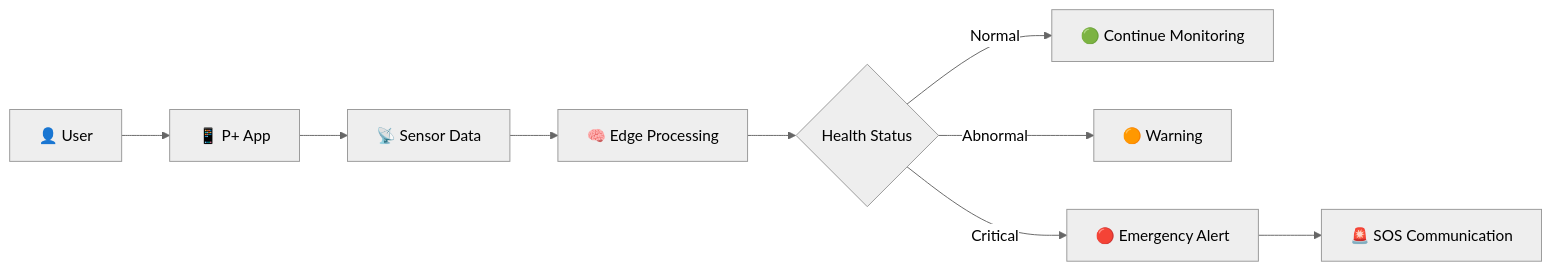
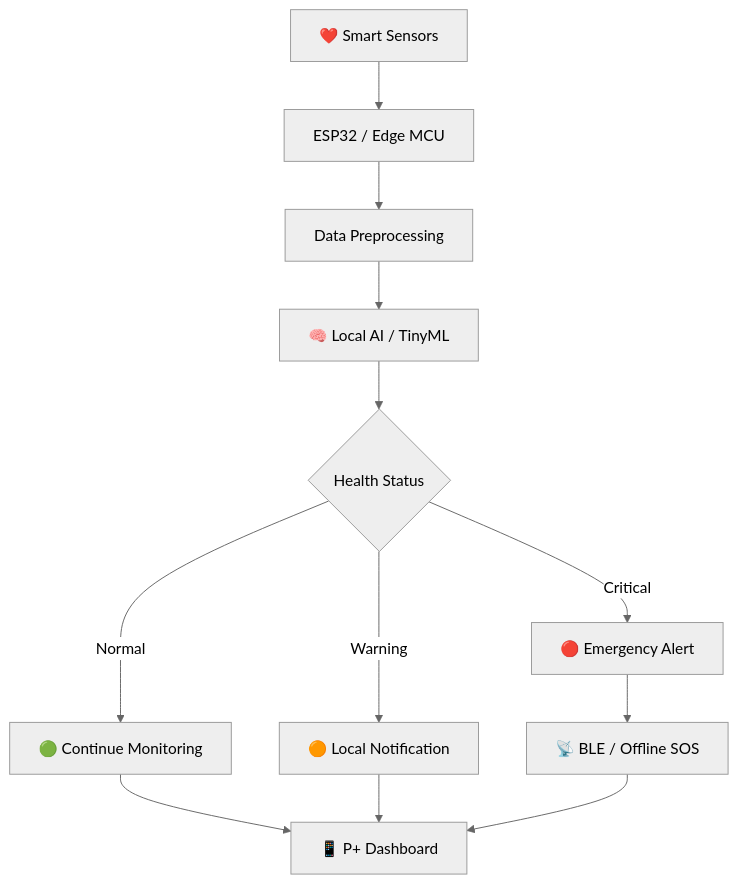
One commit to ts042049-cpu/P-PLUS changed the first of 2 diagrams in README.md. Above: the diagram before and after it, drawn with Mermaid (neutral theme). The commit also changed other lines of this file, not shown here.

````diff
--- a/README.md
+++ b/README.md
@@ -209,19 +130,14 @@
 ```mermaid
-flowchart LR
-
-A[👤 User] --> B[📱 P+ App]
-
-B --> C[📡 Sensor Data]
-
-C --> D[🧠 Edge Processing]
-
-D --> E{Health Status}
-
-E -->|Normal| F[🟢 Continue Monitoring]
-
-E -->|Abnormal| G[🟠 Warning]
-
-E -->|Critical| H[🔴 Emergency Alert]
-
-H --> I[🚨 SOS Communication]
+flowchart TD
+    A["❤️ Smart Sensors"] --> B["ESP32 / Edge MCU"]
+    B --> C["Data Preprocessing"]
+    C --> D["🧠 Local AI / TinyML"]
+    D --> E{"Health Status"}
+    E -->|Normal| F["🟢 Continue Monitoring"]
+    E -->|Warning| G["🟠 Local Notification"]
+    E -->|Critical| H["🔴 Emergency Alert"]
+    H --> I["📡 BLE / Offline SOS"]
+    F --> J["📱 P+ Dashboard"]
+    G --> J
+    I --> J
 ```
````
